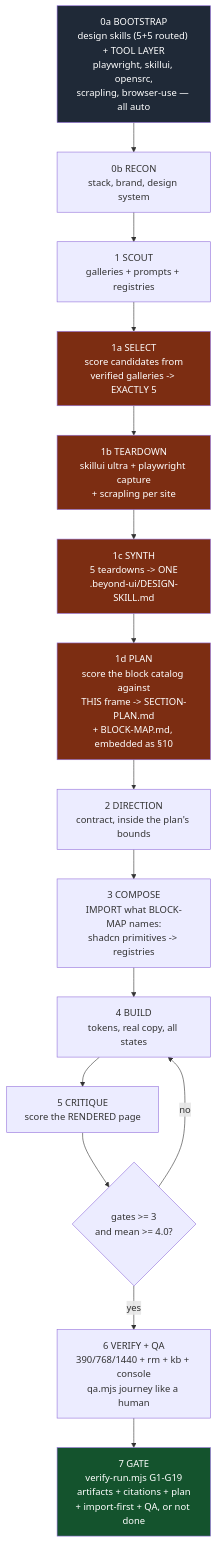
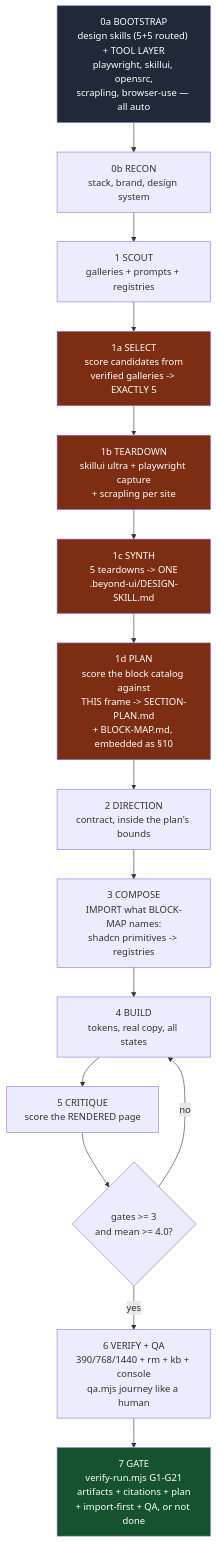
One commit to Jeetaksh25/AgentSkills changed the first of 6 diagrams in beyond-ui/README.md. Above: the diagram before and after it, drawn with Mermaid. The commit also changed other lines of this file and 29 other files, not shown here.

````diff
--- a/beyond-ui/README.md
+++ b/beyond-ui/README.md
@@ -46,24 +64,24 @@
 ```mermaid
 flowchart TD
     A["0a BOOTSTRAP<br/>design skills (5+5 routed) + TOOL LAYER<br/>playwright, skillui, opensrc,<br/>scrapling, browser-use — all auto"] --> B["0b RECON<br/>stack, brand, design system"]
     B --> C["1 SCOUT<br/>galleries + prompts + registries"]
     C --> S1["1a SELECT<br/>score candidates from<br/>verified galleries -> EXACTLY 5"]
     S1 --> S2["1b TEARDOWN<br/>skillui ultra + playwright capture<br/>+ scrapling per site"]
     S2 --> S3["1c SYNTH<br/>5 teardowns -> ONE<br/>.beyond-ui/DESIGN-SKILL.md"]
     S3 --> S4["1d PLAN<br/>score the block catalog against<br/>THIS frame -> SECTION-PLAN.md<br/>+ BLOCK-MAP.md, embedded as §10"]
     S4 --> D["2 DIRECTION<br/>contract, inside the plan's bounds"]
     D --> E["3 COMPOSE<br/>IMPORT what BLOCK-MAP names:<br/>shadcn primitives -> registries"]
     E --> F["4 BUILD<br/>tokens, real copy, all states"]
     F --> G["5 CRITIQUE<br/>score the RENDERED page"]
     G --> H{"gates >= 3<br/>and mean >= 4.0?"}
     H -- no --> F
     H -- yes --> I["6 VERIFY + QA<br/>390/768/1440 + rm + kb + console<br/>qa.mjs journey like a human"]
-    I --> J["7 GATE<br/>verify-run.mjs G1-G19<br/>artifacts + citations + plan<br/>+ import-first + QA, or not done"]
+    I --> J["7 GATE<br/>verify-run.mjs G1-G21<br/>artifacts + citations + plan<br/>+ import-first + QA, or not done"]
 
     style A fill:#1f2937,color:#fff
     style S1 fill:#7c2d12,color:#fff
     style S2 fill:#7c2d12,color:#fff
     style S3 fill:#7c2d12,color:#fff
     style S4 fill:#7c2d12,color:#fff
     style J fill:#14532d,color:#fff
 ```
````
